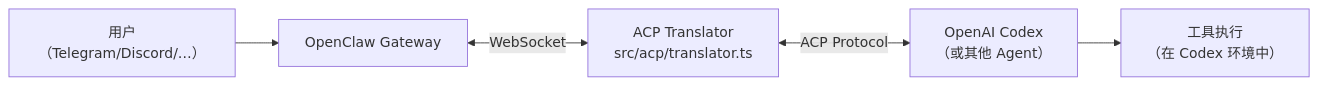
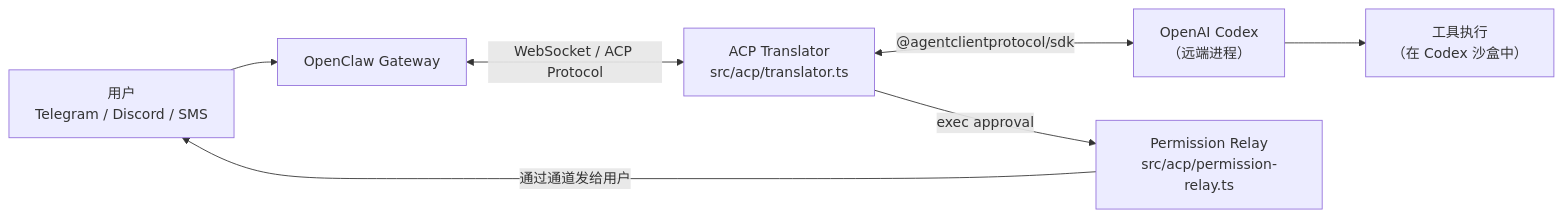
One commit to qqnhy/openclaw-code-analysiswiki changed the first of 3 diagrams in docs-site/docs/chapters/10-acp-mcp-voice.md. Above: the diagram before and after it, drawn with Mermaid. The commit also changed other lines of this file and 8 other files, not shown here.

First line of the commit message:
深化源码速查全部10章：添加实际源码片段、调用链图和设计分析

````diff
--- a/docs-site/docs/chapters/10-acp-mcp-voice.md
+++ b/docs-site/docs/chapters/10-acp-mcp-voice.md
@@ -26,7 +13,9 @@
 ```mermaid
 graph LR
-    User["用户（Telegram/Discord/…）"] --> GW["OpenClaw Gateway"]
-    GW <-->|WebSocket| ACP["ACP Translator<br>src/acp/translator.ts"]
-    ACP <-->|ACP Protocol| Codex["OpenAI Codex<br>（或其他 Agent）"]
-    Codex --> Tools["工具执行<br>（在 Codex 环境中）"]
+    User["用户<br>Telegram / Discord / SMS"] --> GW["OpenClaw Gateway"]
+    GW <-->|"WebSocket / ACP Protocol"| ACPTrans["ACP Translator<br>src/acp/translator.ts"]
+    ACPTrans <-->|"@agentclientprotocol/sdk"| Codex["OpenAI Codex<br>（远端进程）"]
+    Codex --> Tools["工具执行<br>（在 Codex 沙盒中）"]
+    ACPTrans -->|"exec approval"| PermRelay["Permission Relay<br>src/acp/permission-relay.ts"]
+    PermRelay -->|"通过通道发给用户"| User
 ```
````
